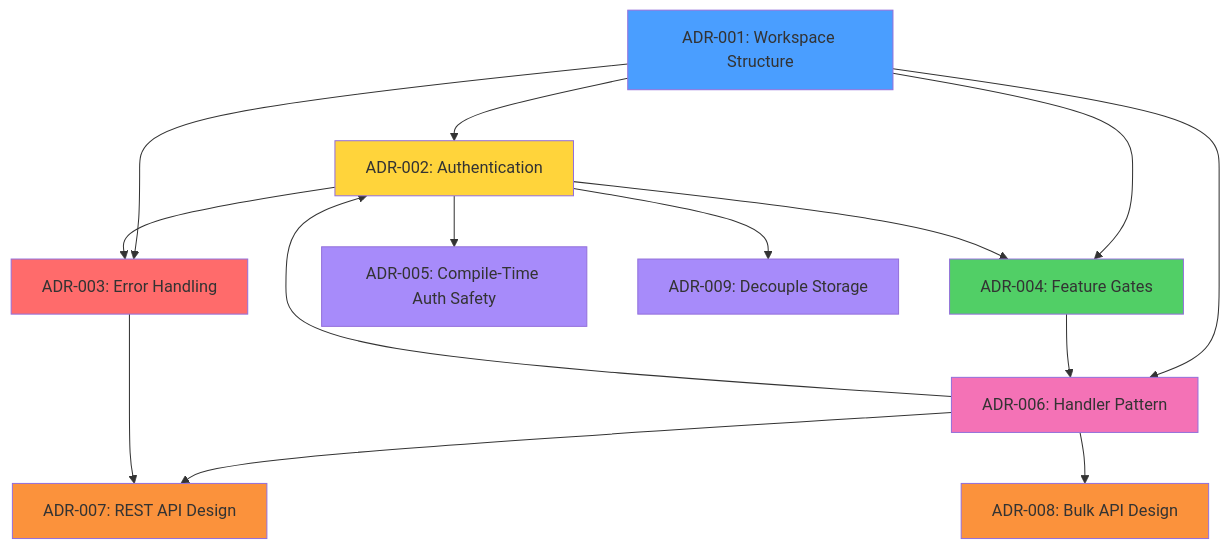
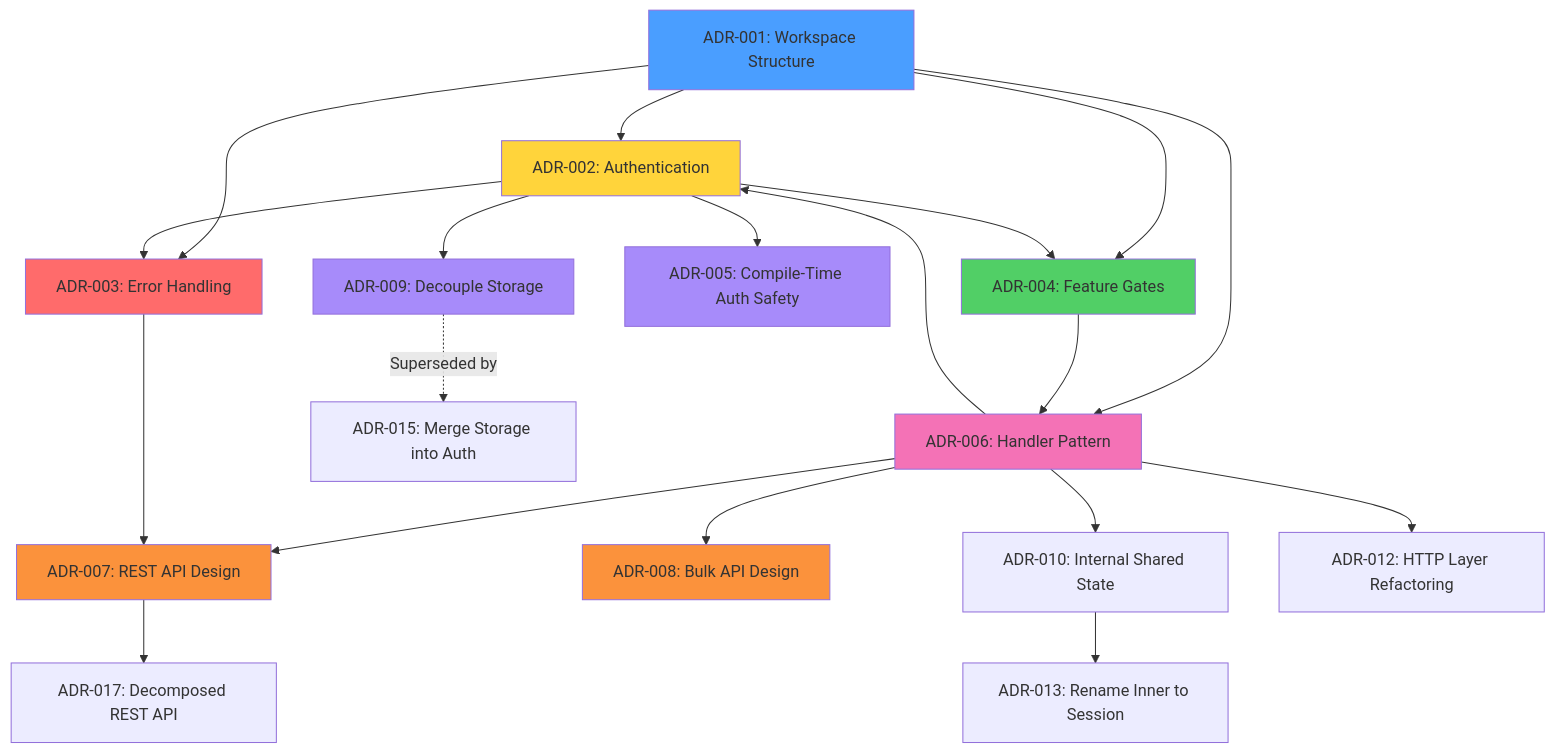
One commit to madmax983/force-rs changed the diagram in docs/adr/README.md. Above: the diagram before and after it, drawn with Mermaid. The commit also changed other lines of this file and 4 other files, not shown here.

First line of the commit message:
Fix ADR 16 and 17 status and update architecture diagrams

````diff
--- a/docs/adr/README.md
+++ b/docs/adr/README.md
@@ -73,29 +70,35 @@
 ```mermaid
 graph TD
     ADR001[ADR-001: Workspace Structure] --> ADR002[ADR-002: Authentication]
     ADR001 --> ADR003[ADR-003: Error Handling]
     ADR001 --> ADR004[ADR-004: Feature Gates]
     ADR001 --> ADR006[ADR-006: Handler Pattern]
 
     ADR002 --> ADR003
     ADR002 --> ADR004
     ADR002 --> ADR005[ADR-005: Compile-Time Auth Safety]
 
     ADR004 --> ADR006
     ADR006 --> ADR002
     ADR006 --> ADR007[ADR-007: REST API Design]
     ADR006 --> ADR008[ADR-008: Bulk API Design]
     ADR003 --> ADR007
 
     ADR002 --> ADR009[ADR-009: Decouple Storage]
 
+    ADR009 -.->|Superseded by| ADR015[ADR-015: Merge Storage into Auth]
+    ADR006 --> ADR010[ADR-010: Internal Shared State]
+    ADR006 --> ADR012[ADR-012: HTTP Layer Refactoring]
+    ADR010 --> ADR013[ADR-013: Rename Inner to Session]
+    ADR007 --> ADR017[ADR-017: Decomposed REST API]
+
     style ADR001 fill:#4a9eff
     style ADR002 fill:#ffd43b
     style ADR003 fill:#ff6b6b
     style ADR004 fill:#51cf66
     style ADR005 fill:#a78bfa
     style ADR006 fill:#f472b6
     style ADR007 fill:#fb923c
     style ADR008 fill:#fb923c
     style ADR009 fill:#a78bfa
 ```
````
